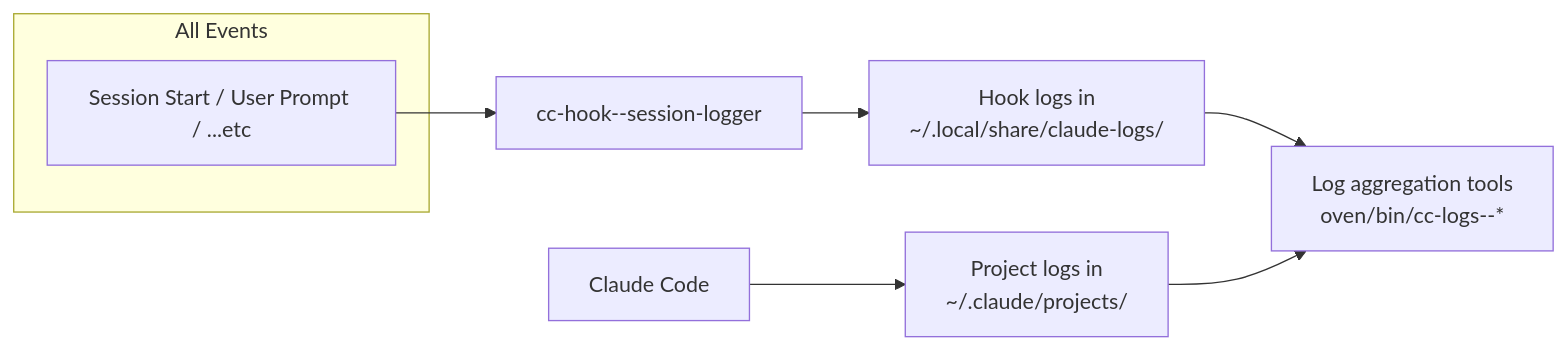
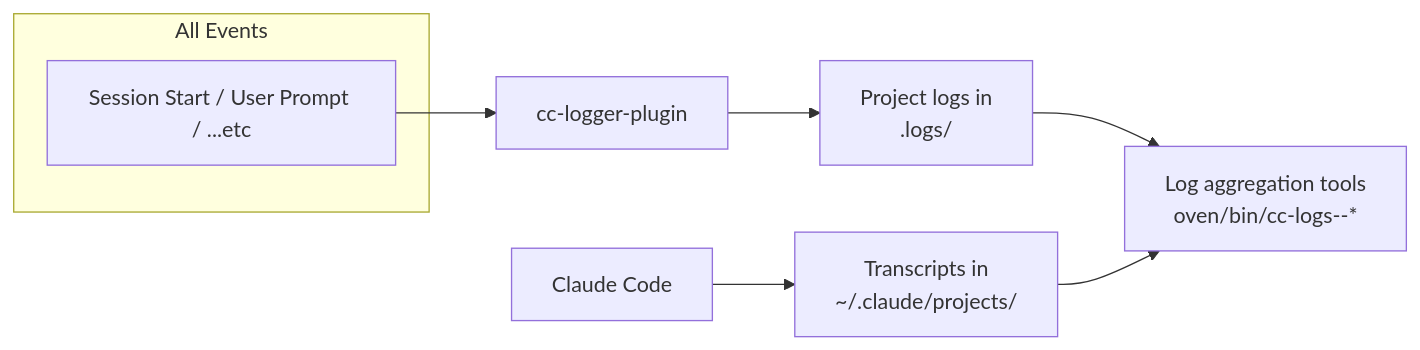
One commit to codethread/PersonalConfigs changed the second of 3 diagrams in claude/README.md. Above: the diagram before and after it, drawn with Mermaid. The commit also changed other lines of this file and 3 other files, not shown here.

Commit message:
claude: remove logger

````diff
--- a/claude/README.md
+++ b/claude/README.md
@@ -32,14 +32,14 @@
 ```mermaid
 graph LR
     subgraph "All Events"
         Event[Session Start / User Prompt / ...etc]
     end
 
-    Event --> SessionLogger[cc-hook--session-logger]
+    Event --> SessionLogger[cc-logger-plugin]
 
-    SessionLogger --> HookLogs[Hook logs in<br/>~/.local/share/claude-logs/]
-    ClaudeCode[Claude Code] --> ProjectLogs[Project logs in<br/>~/.claude/projects/]
+    SessionLogger --> ProjectLogs[Project logs in<br/>.logs/]
+    ClaudeCode[Claude Code] --> TranscriptLogs[Transcripts in<br/>~/.claude/projects/]
 
-    HookLogs --> Aggregation[Log aggregation tools<br/>oven/bin/cc-logs--*]
-    ProjectLogs --> Aggregation
+    ProjectLogs --> Aggregation[Log aggregation tools<br/>oven/bin/cc-logs--*]
+    TranscriptLogs --> Aggregation
 ```
````
